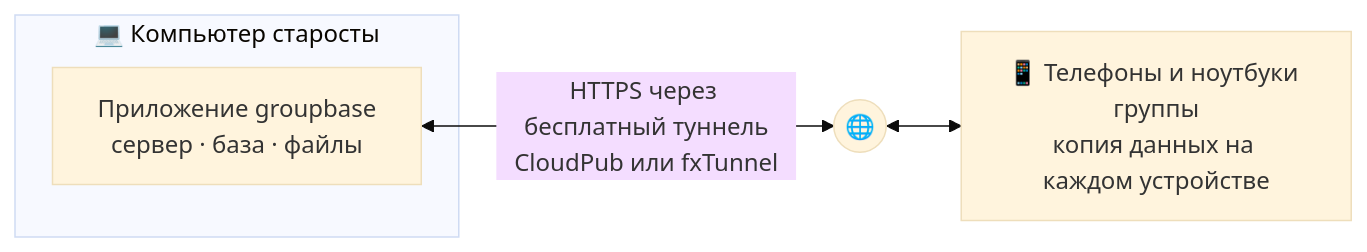
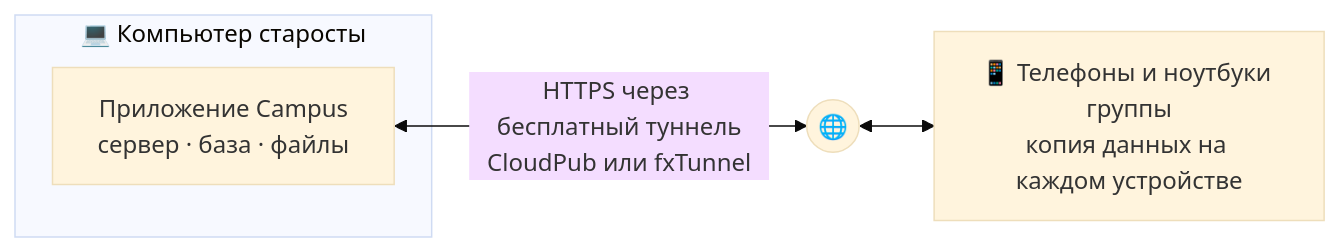
Before and after one commit to mitaro-cs/StorageSystem: the first of 2 diagrams in README.md, drawn with Mermaid (base theme). The commit also changed other lines of this file and 87 other files, not shown here.

````diff
--- a/README.md
+++ b/README.md
@@ -79,8 +79,8 @@
 ```mermaid
 flowchart LR
   subgraph HOST["💻 Компьютер старосты"]
-    APP["Приложение groupbase<br/>сервер · база · файлы"]
+    APP["Приложение Campus<br/>сервер · база · файлы"]
   end
   APP <-->|"HTTPS через бесплатный туннель<br/>CloudPub или fxTunnel"| NET(("🌐"))
   NET <--> PH["📱 Телефоны и ноутбуки группы<br/>копия данных на каждом устройстве"]
 ```
````
